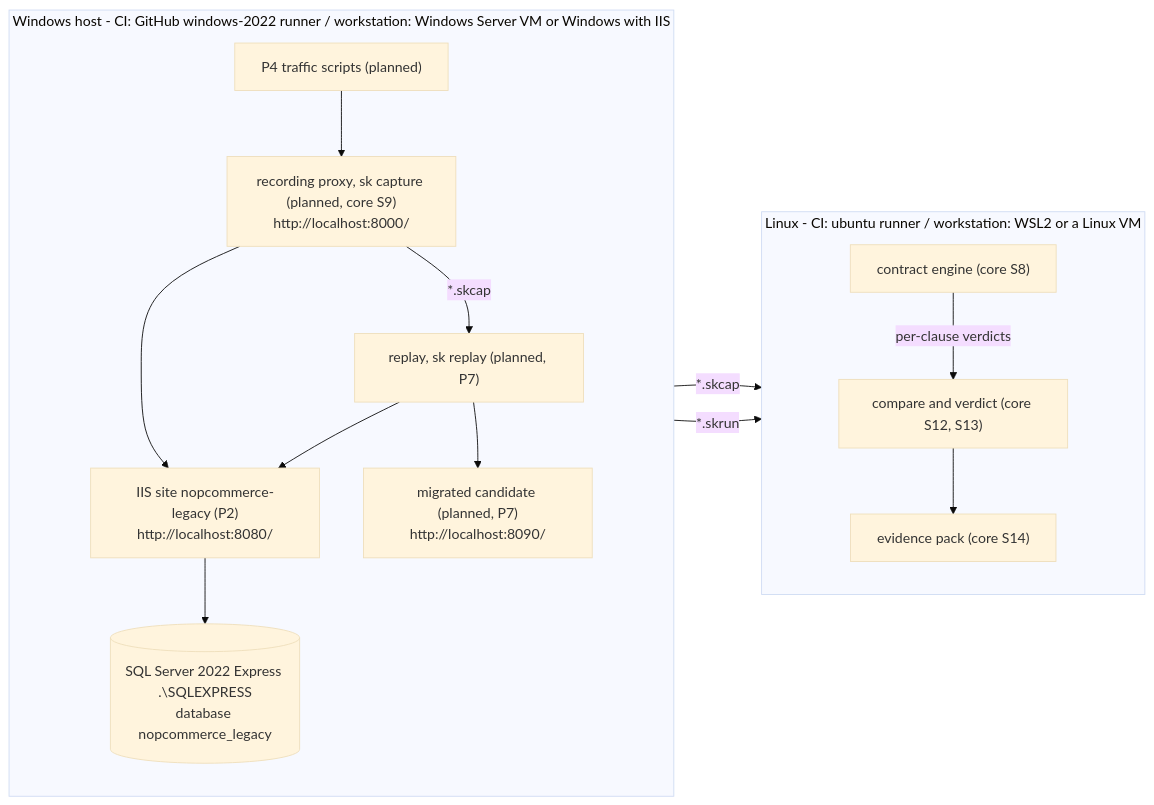
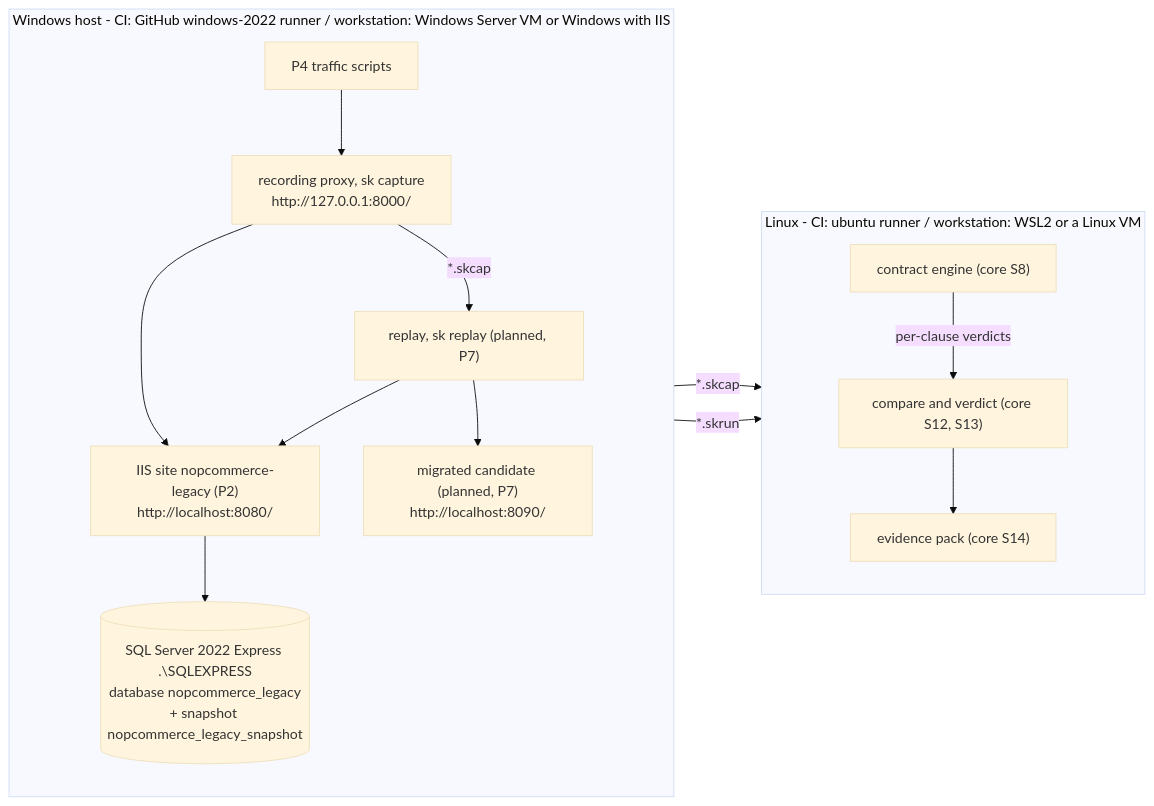
The diagram in docs/TOPOLOGY.md (konradcinkusz/letsgolegacy.secondkey-nopcommerce-bench), drawn with Mermaid (base theme) before and after one commit. The commit also changed other lines of this file and 13 other files, not shown here.

First line of the commit message:
P4: nopCommerce traffic set recorded through sk capture

````diff
--- a/docs/TOPOLOGY.md
+++ b/docs/TOPOLOGY.md
@@ -24,22 +24,22 @@
 ```mermaid
 flowchart LR
     subgraph WIN["Windows host - CI: GitHub windows-2022 runner / workstation: Windows Server VM or Windows with IIS"]
         direction TB
-        GEN["P4 traffic scripts (planned)"] --> PROXY["recording proxy, sk capture (planned, core S9)<br/>http://localhost:8000/"]
+        GEN["P4 traffic scripts"] --> PROXY["recording proxy, sk capture<br/>http://127.0.0.1:8000/"]
         PROXY --> IIS["IIS site nopcommerce-legacy (P2)<br/>http://localhost:8080/"]
-        IIS --> SQL[("SQL Server 2022 Express .\SQLEXPRESS<br/>database nopcommerce_legacy")]
+        IIS --> SQL[("SQL Server 2022 Express .\SQLEXPRESS<br/>database nopcommerce_legacy<br/>+ snapshot nopcommerce_legacy_snapshot")]
         REPLAY["replay, sk replay (planned, P7)"] --> IIS
         REPLAY --> CAND["migrated candidate (planned, P7)<br/>http://localhost:8090/"]
     end
     subgraph LNX["Linux - CI: ubuntu runner / workstation: WSL2 or a Linux VM"]
         direction TB
         CONTRACT["contract engine (core S8)"]
         COMPARE["compare and verdict (core S12, S13)"]
         EVIDENCE["evidence pack (core S14)"]
         COMPARE --> EVIDENCE
     end
     PROXY -- "*.skcap" --> REPLAY
     PROXY -- "*.skcap" --> CONTRACT
     REPLAY -- "*.skrun" --> COMPARE
     CONTRACT -- "per-clause verdicts" --> COMPARE
 ```
````
